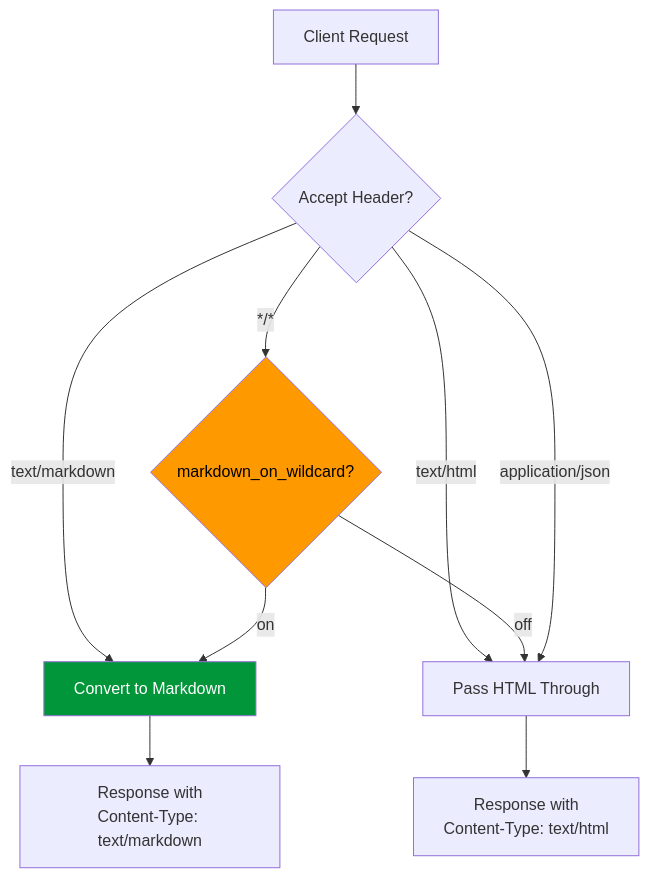
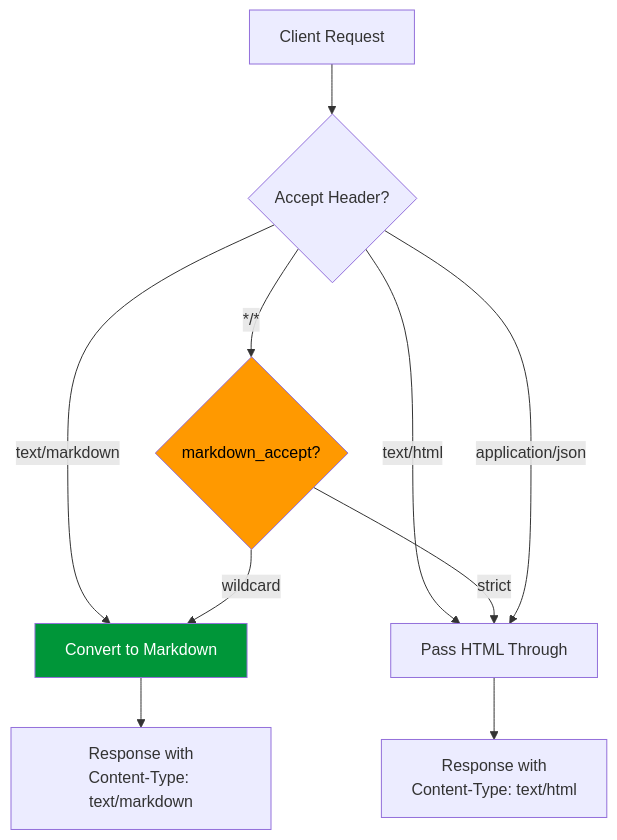
The diagram in docs/features/CONTENT_NEGOTIATION.md (cnkang/nginx-markdown-for-agents), drawn with Mermaid before and after one commit. The commit also changed other lines of this file and 24 other files, not shown here.

````diff
--- a/docs/features/CONTENT_NEGOTIATION.md
+++ b/docs/features/CONTENT_NEGOTIATION.md
@@ -5,15 +5,15 @@
 ```mermaid
 flowchart TD
     Client["Client Request"] --> Accept{"Accept Header?"}
     Accept -->|"text/markdown"| Convert["Convert to Markdown"]
     Accept -->|"text/html"| PassHTML["Pass HTML Through"]
-    Accept -->|"*/*"| Wildcard{"markdown_on_wildcard?"}
-    Wildcard -->|on| Convert
-    Wildcard -->|off| PassHTML
+    Accept -->|"*/*"| Wildcard{"markdown_accept?"}
+    Wildcard -->|wildcard| Convert
+    Wildcard -->|strict| PassHTML
     Accept -->|"application/json"| PassHTML
     Convert --> Response["Response with<br/>Content-Type: text/markdown"]
     PassHTML --> Response2["Response with<br/>Content-Type: text/html"]
     
     style Convert fill:#009639,color:#fff
     style Wildcard fill:#f90,color:#000
 ```
````
